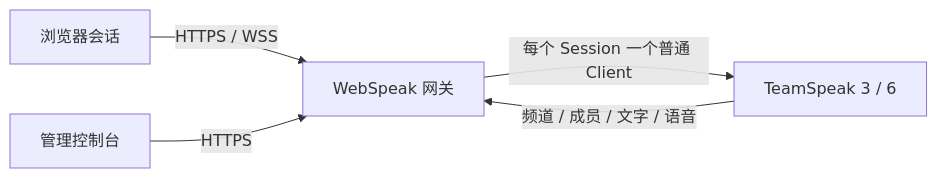
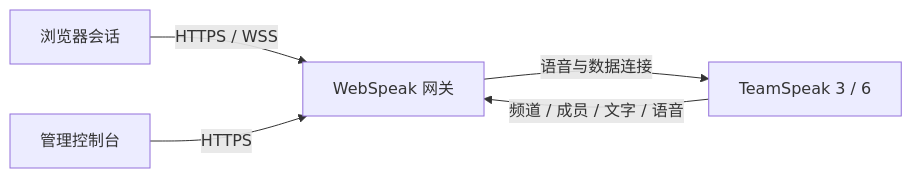
Before and after one commit to EchoSixHIYA/WebSpeak-client-for-TeamSpeak: the diagram in README.md, drawn with Mermaid. The commit also changed other lines of this file, not shown here.

````diff
--- a/README.md
+++ b/README.md
@@ -47,7 +46,7 @@
 ```mermaid
 flowchart LR
     B[浏览器会话] -->|HTTPS / WSS| G[WebSpeak 网关]
     A[管理控制台] -->|HTTPS| G
-    G -->|每个 Session 一个普通 Client| T[TeamSpeak 3 / 6]
+    G -->|语音与数据连接| T[TeamSpeak 3 / 6]
     T -->|频道 / 成员 / 文字 / 语音| G
 ```
````
